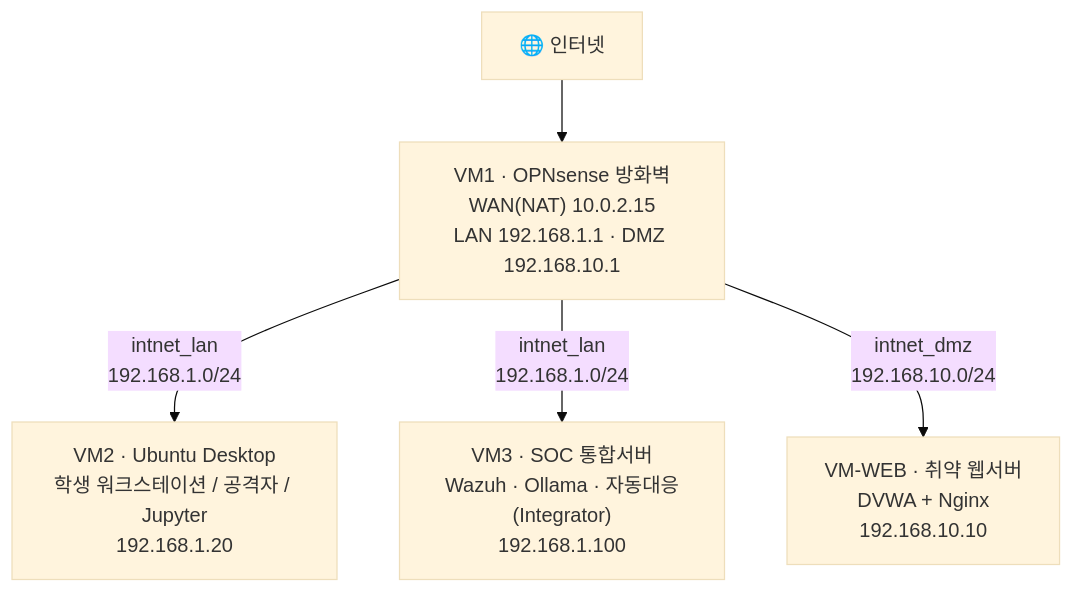
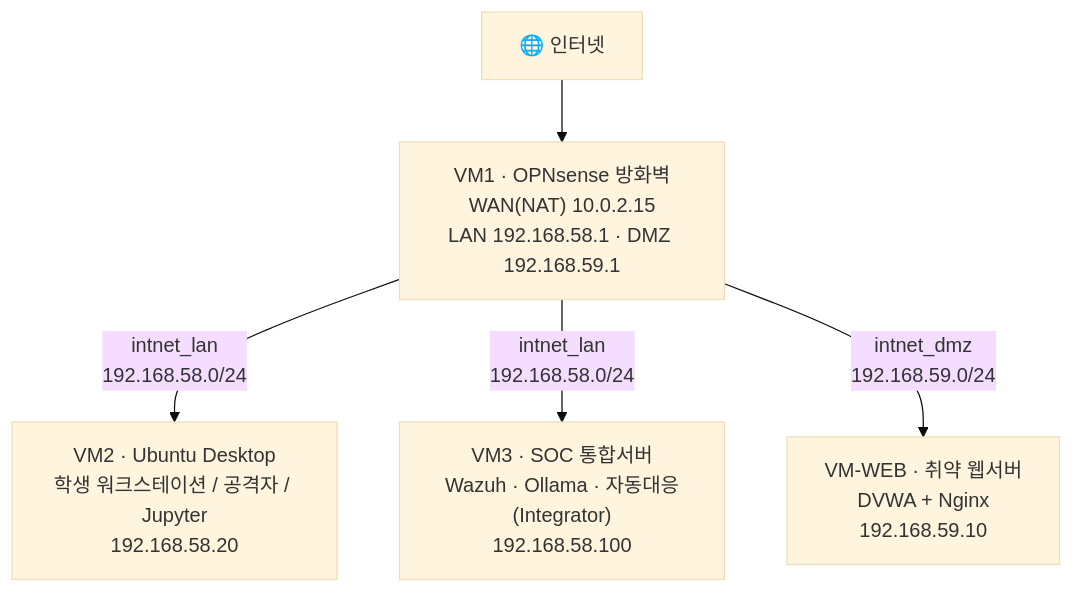
One commit to sbaek100/sbaek100.github.io changed the diagram in _posts/1.응용강의/aiwebsec/2026-06-12-aiwebsec-28-siem-vm-setup.md. Above: the diagram before and after it, drawn with Mermaid (base theme). The commit also changed other lines of this file and 518 other files, not shown here.

````diff
--- a/_posts/1.응용강의/aiwebsec/2026-06-12-aiwebsec-28-siem-vm-setup.md
+++ b/_posts/1.응용강의/aiwebsec/2026-06-12-aiwebsec-28-siem-vm-setup.md
@@ -55,13 +55,13 @@
 ```mermaid
 graph TB
     INET["🌐 인터넷"]
-    FW["VM1 · OPNsense 방화벽<br/>WAN(NAT) 10.0.2.15<br/>LAN 192.168.1.1 · DMZ 192.168.10.1"]
-    VM2["VM2 · Ubuntu Desktop<br/>학생 워크스테이션 / 공격자 / Jupyter<br/>192.168.1.20"]
-    VM3["VM3 · SOC 통합서버<br/>Wazuh · Ollama · 자동대응(Integrator)<br/>192.168.1.100"]
-    WEB["VM-WEB · 취약 웹서버<br/>DVWA + Nginx<br/>192.168.10.10"]
+    FW["VM1 · OPNsense 방화벽<br/>WAN(NAT) 10.0.2.15<br/>LAN 192.168.58.1 · DMZ 192.168.59.1"]
+    VM2["VM2 · Ubuntu Desktop<br/>학생 워크스테이션 / 공격자 / Jupyter<br/>192.168.58.20"]
+    VM3["VM3 · SOC 통합서버<br/>Wazuh · Ollama · 자동대응(Integrator)<br/>192.168.58.100"]
+    WEB["VM-WEB · 취약 웹서버<br/>DVWA + Nginx<br/>192.168.59.10"]
 
     INET --> FW
-    FW -->|"intnet_lan<br/>192.168.1.0/24"| VM2
-    FW -->|"intnet_lan<br/>192.168.1.0/24"| VM3
-    FW -->|"intnet_dmz<br/>192.168.10.0/24"| WEB
+    FW -->|"intnet_lan<br/>192.168.58.0/24"| VM2
+    FW -->|"intnet_lan<br/>192.168.58.0/24"| VM3
+    FW -->|"intnet_dmz<br/>192.168.59.0/24"| WEB
 ```
````
